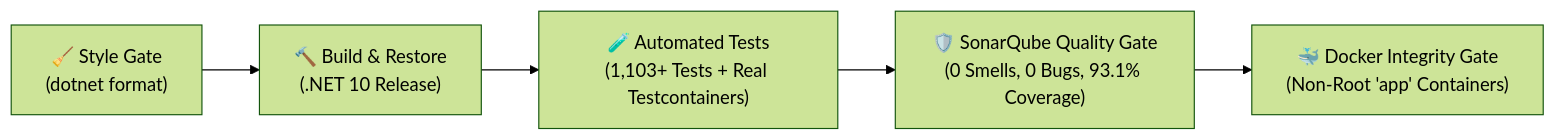
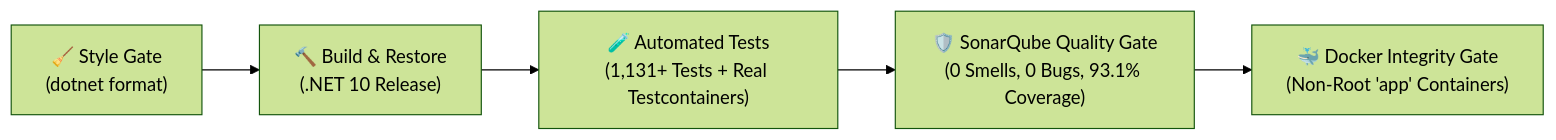
Before and after one commit to enesonmez/shuffleseries_microservices: the fourth of 4 diagrams in README.md, drawn with Mermaid (forest theme). The commit also changed other lines of this file and 35 other files, not shown here.

````diff
--- a/README.md
+++ b/README.md
@@ -491,7 +493,7 @@
 ```mermaid
 flowchart LR
     A["🧹 Style Gate\n(dotnet format)"] --> B["🔨 Build & Restore\n(.NET 10 Release)"]
-    B --> C["🧪 Automated Tests\n(1,103+ Tests + Real Testcontainers)"]
+    B --> C["🧪 Automated Tests\n(1,131+ Tests + Real Testcontainers)"]
     D --> E["🐳 Docker Integrity Gate\n(Non-Root 'app' Containers)"]
     C --> D["🛡️ SonarQube Quality Gate\n(0 Smells, 0 Bugs, 93.1% Coverage)"]
 ```
````
